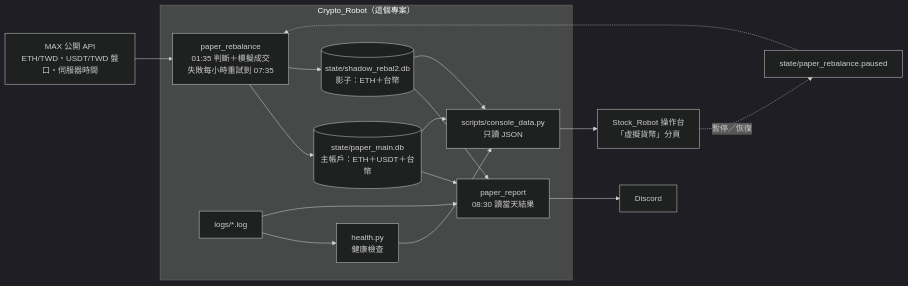
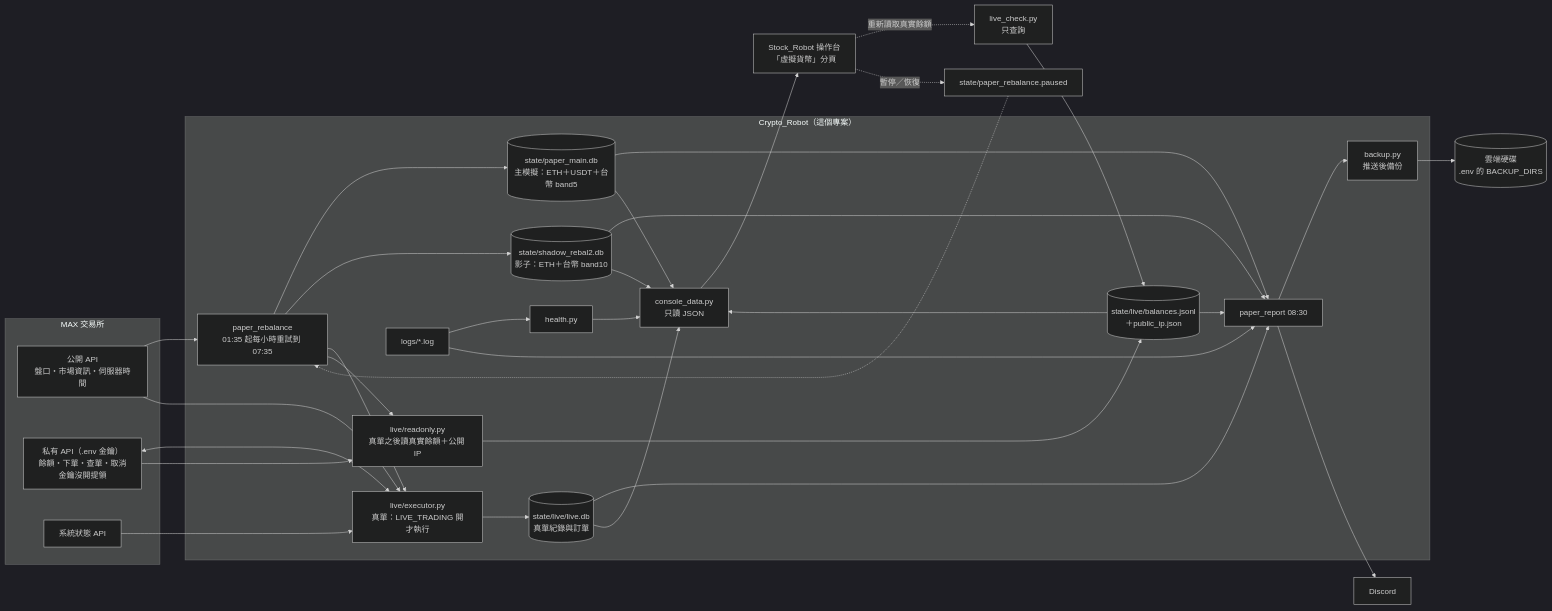
Before and after one commit to ShanHugo/Crypto_agent: the first of 3 diagrams in docs/ARCHITECTURE.md, drawn with Mermaid (dark theme). The commit also changed other lines of this file and 3 other files, not shown here.

First line of the commit message:
Docs: bring the ops flowcharts up to date with live trading

````diff
--- a/docs/ARCHITECTURE.md
+++ b/docs/ARCHITECTURE.md
@@ -59,19 +59,33 @@
 ```mermaid
 flowchart LR
-  MAX[MAX 公開 API<br/>ETH/TWD・USDT/TWD 盤口・伺服器時間] --> PR
+  subgraph MAXX[MAX 交易所]
+    PUB[公開 API<br/>盤口・市場資訊・伺服器時間]
+    PRIV[私有 API（.env 金鑰）<br/>餘額・下單・查單・取消<br/>金鑰沒開提領]
+    STAT[系統狀態 API]
+  end
   subgraph CR[Crypto_Robot（這個專案）]
-    PR[paper_rebalance<br/>01:35 判斷＋模擬成交<br/>失敗每小時重試到 07:35] --> DB[(state/paper_main.db<br/>主帳戶：ETH＋USDT＋台幣)]
-    PR --> SDB[(state/shadow_rebal2.db<br/>影子：ETH＋台幣)]
-    SDB --> RP
-    SDB --> CD
-    DB --> RP[paper_report<br/>08:30 讀當天結果]
-    DB --> CD[scripts/console_data.py<br/>只讀 JSON]
-    HC[health.py<br/>健康檢查] --> CD
-    LOG[logs/*.log] --> HC
-    LOG --> RP
+    PR[paper_rebalance<br/>01:35 起每小時重試到 07:35]
+    PR --> DB[(state/paper_main.db<br/>主模擬：ETH＋USDT＋台幣 band5)]
+    PR --> SDB[(state/shadow_rebal2.db<br/>影子：ETH＋台幣 band10)]
+    PR --> EX[live/executor.py<br/>真單：LIVE_TRADING 開才執行]
+    EX --> LDB[(state/live/live.db<br/>真單紀錄與訂單)]
+    PR --> RO[live/readonly.py<br/>真單之後讀真實餘額＋公開 IP]
+    RO --> BAL[(state/live/balances.jsonl<br/>＋public_ip.json)]
+    RPT[paper_report 08:30] --> BK[backup.py<br/>推送後備份]
+    DB & SDB & LDB & BAL --> RPT
+    DB & SDB & LDB & BAL --> CD[console_data.py<br/>只讀 JSON]
+    HC[health.py] --> CD
+    LOG[logs/*.log] --> HC & RPT
   end
-  RP --> DC[Discord]
+  PUB --> PR
+  PUB --> EX
+  STAT --> EX
+  PRIV <--> EX
+  PRIV --> RO
+  RPT --> DC[Discord]
+  BK --> GD[(雲端硬碟<br/>.env 的 BACKUP_DIRS)]
   CD --> CON[Stock_Robot 操作台<br/>「虛擬貨幣」分頁]
+  CON -. 重新讀取真實餘額 .-> LC[live_check.py<br/>只查詢] --> BAL
   CON -. 暫停／恢復 .-> PAUSE[state/paper_rebalance.paused]
   PAUSE -.-> PR
 ```
````
